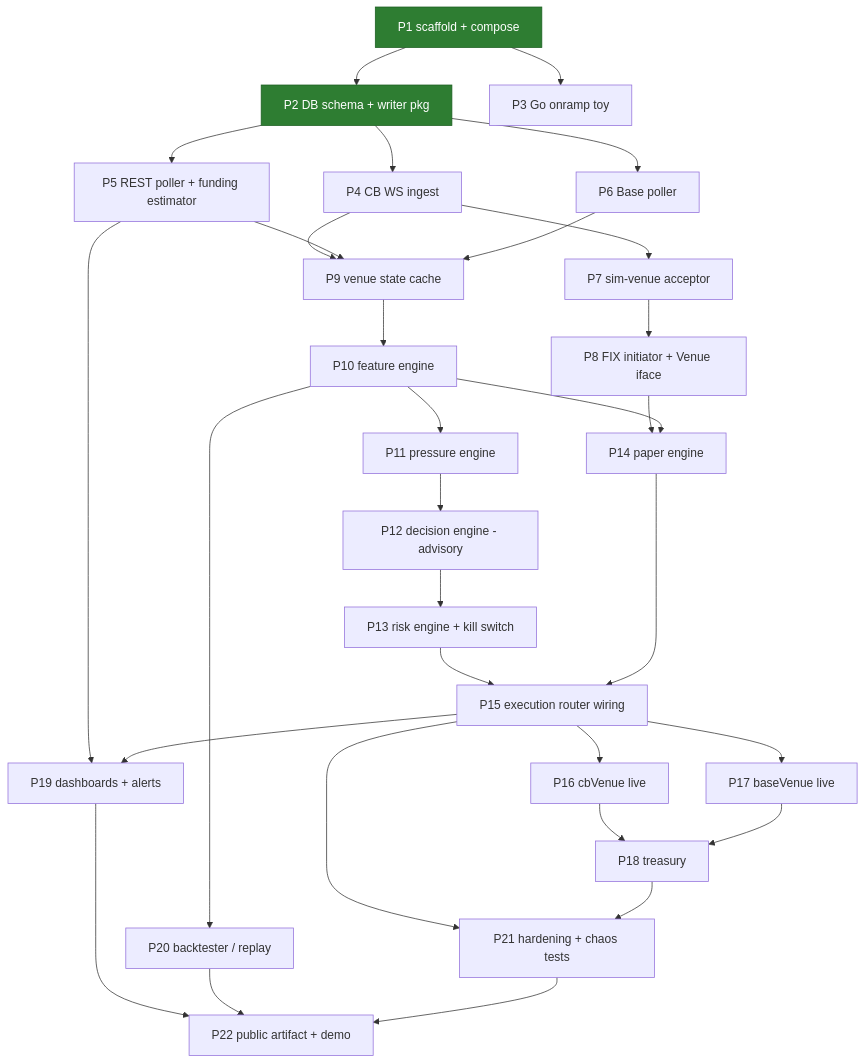
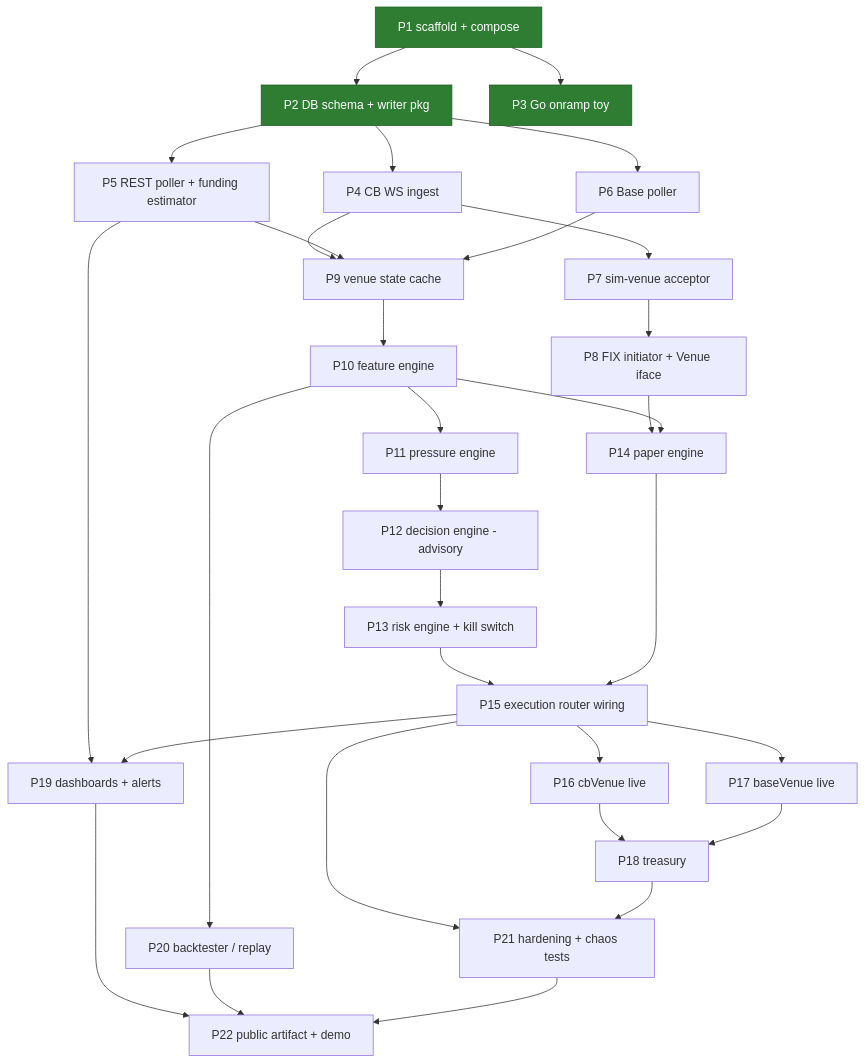
The diagram in docs/build-plan.md (Jason-Dorman/funding-carry), drawn with Mermaid before and after one commit. The commit also changed other lines of this file and 16 other files, not shown here.

````diff
--- a/docs/build-plan.md
+++ b/docs/build-plan.md
@@ -19,36 +20,36 @@
 ```mermaid
 graph TD
     P1[P1 scaffold + compose] --> P2[P2 DB schema + writer pkg]
     P1 --> P3[P3 Go onramp toy]
     P2 --> P4[P4 CB WS ingest]
     P2 --> P5[P5 REST poller + funding estimator]
     P2 --> P6[P6 Base poller]
     P4 --> P7[P7 sim-venue acceptor]
     P7 --> P8[P8 FIX initiator + Venue iface]
     P4 --> P9[P9 venue state cache]
     P5 --> P9
     P6 --> P9
     P9 --> P10[P10 feature engine]
     P10 --> P11[P11 pressure engine]
     P11 --> P12[P12 decision engine - advisory]
     P12 --> P13[P13 risk engine + kill switch]
     P8 --> P14[P14 paper engine]
     P10 --> P14
     P13 --> P15[P15 execution router wiring]
     P14 --> P15
     P15 --> P16[P16 cbVenue live]
     P15 --> P17[P17 baseVenue live]
     P16 --> P18[P18 treasury]
     P17 --> P18
     P5 --> P19[P19 dashboards + alerts]
     P15 --> P19
     P10 --> P20[P20 backtester / replay]
     P15 --> P21[P21 hardening + chaos tests]
     P18 --> P21
     P19 --> P22[P22 public artifact + demo]
     P20 --> P22
     P21 --> P22
 
     classDef done fill:#2e7d32,stroke:#1b5e20,color:#ffffff
-    class P1,P2 done
+    class P1,P2,P3 done
 ```
````
